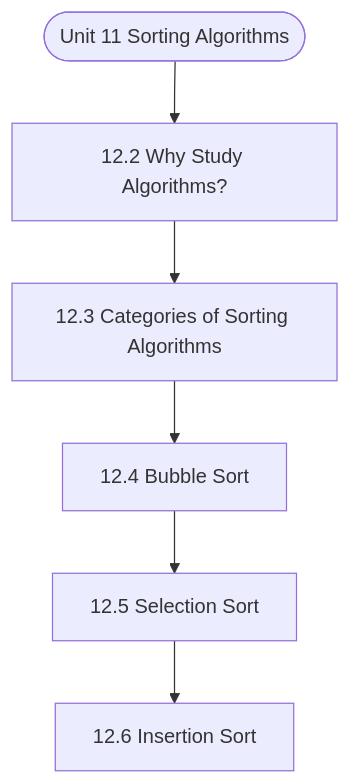
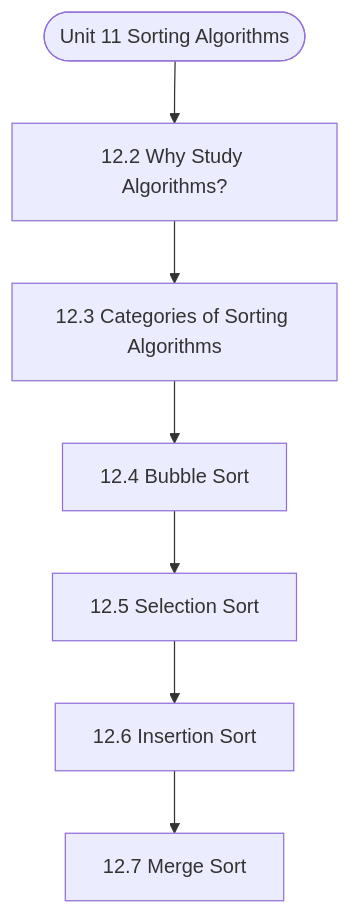
One commit to Asutosh-Coaching/mscdsa changed the diagram in notes/Semester_1/MCS-063_Data_Structures_using_Python/unit_11_Sorting_Algorithms.md. Above: the diagram before and after it, drawn with Mermaid. The commit also changed other lines of this file and 116 other files, not shown here.

````diff
--- a/notes/Semester_1/MCS-063_Data_Structures_using_Python/unit_11_Sorting_Algorithms.md
+++ b/notes/Semester_1/MCS-063_Data_Structures_using_Python/unit_11_Sorting_Algorithms.md
@@ -19,14 +19,16 @@
 ```mermaid
 flowchart TD
   Start(["Unit 11 Sorting Algorithms"])
   N1["12.2 Why Study Algorithms?"]
   N2["12.3 Categories of Sorting Algorithms"]
   N3["12.4 Bubble Sort"]
   N4["12.5 Selection Sort"]
   N5["12.6 Insertion Sort"]
+  N6["12.7 Merge Sort"]
   Start --> N1
   N1 --> N2
   N2 --> N3
   N3 --> N4
   N4 --> N5
+  N5 --> N6
 ```
````
